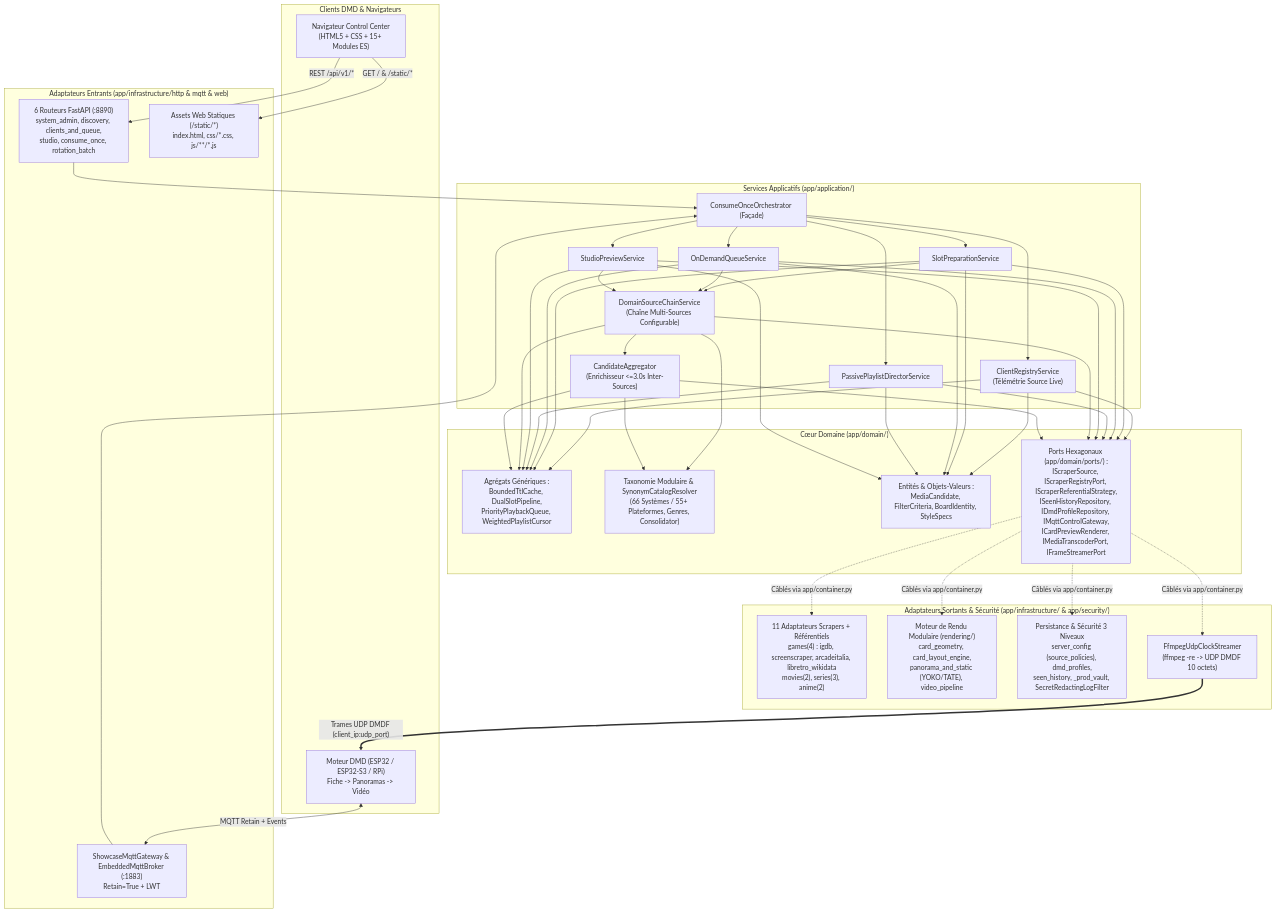
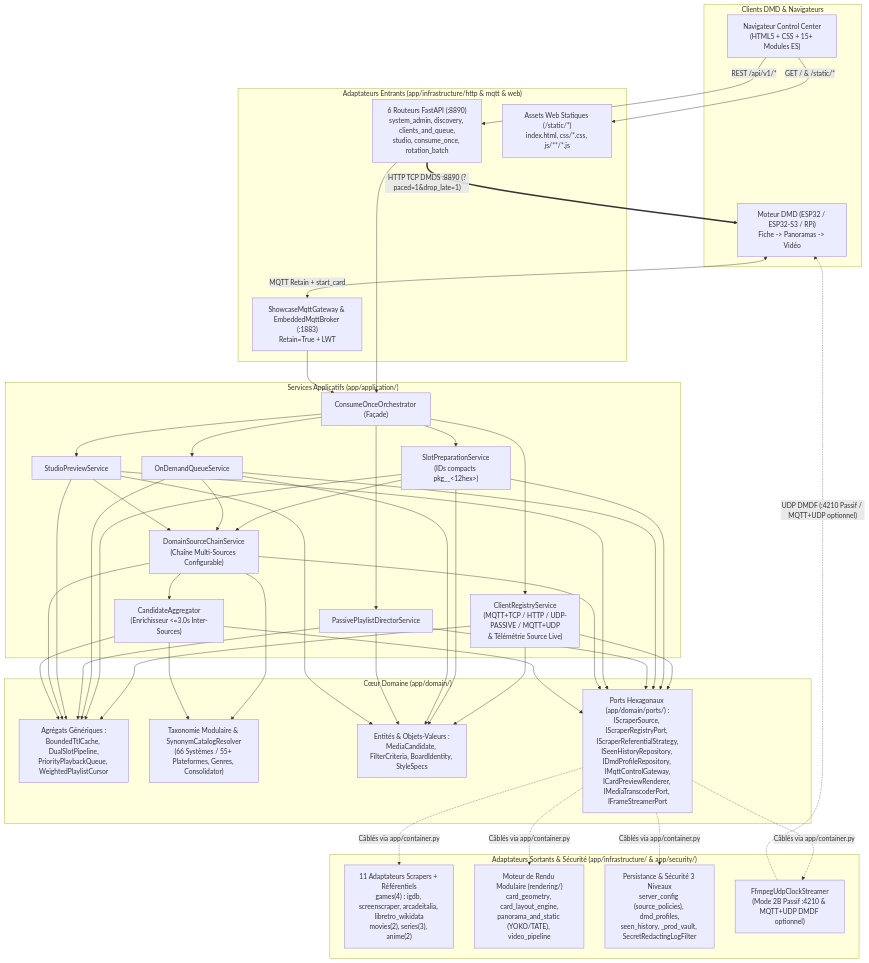
Before and after one commit to red77290/dmd_media_showcase: the first of 2 diagrams in docs/ARCHITECTURE_FR.md, drawn with Mermaid. The commit also changed other lines of this file and 26 other files, not shown here.

First line of the commit message:
feat(stream): align default ESP32 transport on MQTT+TCP DMDS and compact item_id

````diff
--- a/docs/ARCHITECTURE_FR.md
+++ b/docs/ARCHITECTURE_FR.md
@@ -18,51 +18,52 @@
 ```mermaid
 flowchart TD
     subgraph DMD["Clients DMD & Navigateurs"]
         BROWSER["Navigateur Control Center\n(HTML5 + CSS + 15+ Modules ES)"]
         ENG["Moteur DMD (ESP32 / ESP32-S3 / RPi)\nFiche -> Panoramas -> Vidéo"]
     end
 
     subgraph INFRA_IN["Adaptateurs Entrants (app/infrastructure/http & mqtt & web)"]
         ROUTERS["6 Routeurs FastAPI (:8890)\nsystem_admin, discovery, clients_and_queue,\nstudio, consume_once, rotation_batch"]
         STATIC["Assets Web Statiques (/static/*)\nindex.html, css/*.css, js/**/*.js"]
         MQTT["ShowcaseMqttGateway & EmbeddedMqttBroker (:1883)\nRetain=True + LWT"]
     end
 
     subgraph APP["Services Applicatifs (app/application/)"]
         ORCH["ConsumeOnceOrchestrator (Façade)"]
-        REG_SVC["ClientRegistryService\n(Télémétrie Source Live)"]
-        PREP_SVC["SlotPreparationService"]
+        REG_SVC["ClientRegistryService\n(MQTT+TCP / HTTP / UDP-PASSIVE / MQTT+UDP\n& Télémétrie Source Live)"]
+        PREP_SVC["SlotPreparationService\n(IDs compacts pkg_<domain>_<12hex>)"]
         QUEUE_SVC["OnDemandQueueService"]
         DIR_SVC["PassivePlaylistDirectorService"]
         STUDIO_SVC["StudioPreviewService"]
         CHAIN["DomainSourceChainService\n(Chaîne Multi-Sources Configurable)"]
         AGG_SVC["CandidateAggregator\n(Enrichisseur <=3.0s Inter-Sources)"]
     end
 
     subgraph DOMAIN["Cœur Domaine (app/domain/)"]
         AGG["Agrégats Génériques :\nBoundedTtlCache, DualSlotPipeline,\nPriorityPlaybackQueue, WeightedPlaylistCursor"]
         TAX["Taxonomie Modulaire & SynonymCatalogResolver\n(66 Systèmes / 55+ Plateformes, Genres, Consolidator)"]
         VO["Entités & Objets-Valeurs :\nMediaCandidate, FilterCriteria, BoardIdentity, StyleSpecs"]
         PORTS["Ports Hexagonaux (app/domain/ports/) :\nIScraperSource, IScraperRegistryPort, IScraperReferentialStrategy,\nISeenHistoryRepository, IDmdProfileRepository, IMqttControlGateway,\nICardPreviewRenderer, IMediaTranscoderPort, IFrameStreamerPort"]
     end
 
     subgraph INFRA_OUT["Adaptateurs Sortants & Sécurité (app/infrastructure/ & app/security/)"]
         SCRAPERS["11 Adaptateurs Scrapers + Référentiels\ngames(4) : igdb, screenscraper, arcadeitalia, libretro_wikidata\nmovies(2), series(3), anime(2)"]
         RENDER["Moteur de Rendu Modulaire (rendering/)\ncard_geometry, card_layout_engine,\npanorama_and_static (YOKO/TATE), video_pipeline"]
         PERSIST["Persistance & Sécurité 3 Niveaux\nserver_config (source_policies), dmd_profiles,\nseen_history, _prod_vault, SecretRedactingLogFilter"]
-        UDP["FfmpegUdpClockStreamer\n(ffmpeg -re -> UDP DMDF 10 octets)"]
+        UDP["FfmpegUdpClockStreamer\n(Mode 2B Passif :4210 & MQTT+UDP DMDF optionnel)"]
     end
 
     BROWSER -->|"GET / & /static/*"| STATIC
     BROWSER -->|"REST /api/v1/*"| ROUTERS
-    ENG <-->|"MQTT Retain + Events"| MQTT
+    ENG <-->|"MQTT Retain + start_card"| MQTT
+    ROUTERS ==>|"HTTP TCP DMDS :8890 (?paced=1&drop_late=1)"| ENG
     ROUTERS --> ORCH
     MQTT --> ORCH
     ORCH --> REG_SVC & PREP_SVC & QUEUE_SVC & DIR_SVC & STUDIO_SVC
     PREP_SVC & QUEUE_SVC & STUDIO_SVC --> CHAIN
     CHAIN --> AGG_SVC
     REG_SVC & PREP_SVC & QUEUE_SVC & DIR_SVC & STUDIO_SVC --> AGG & VO & PORTS
     CHAIN & AGG_SVC --> TAX & AGG & PORTS
     PORTS -.->|"Câblés via app/container.py"| SCRAPERS & RENDER & PERSIST & UDP
-    UDP ==>|"Trames UDP DMDF (client_ip:udp_port)"| ENG
+    UDP -.->|"UDP DMDF (:4210 Passif / MQTT+UDP optionnel)"| ENG
 ```
````
